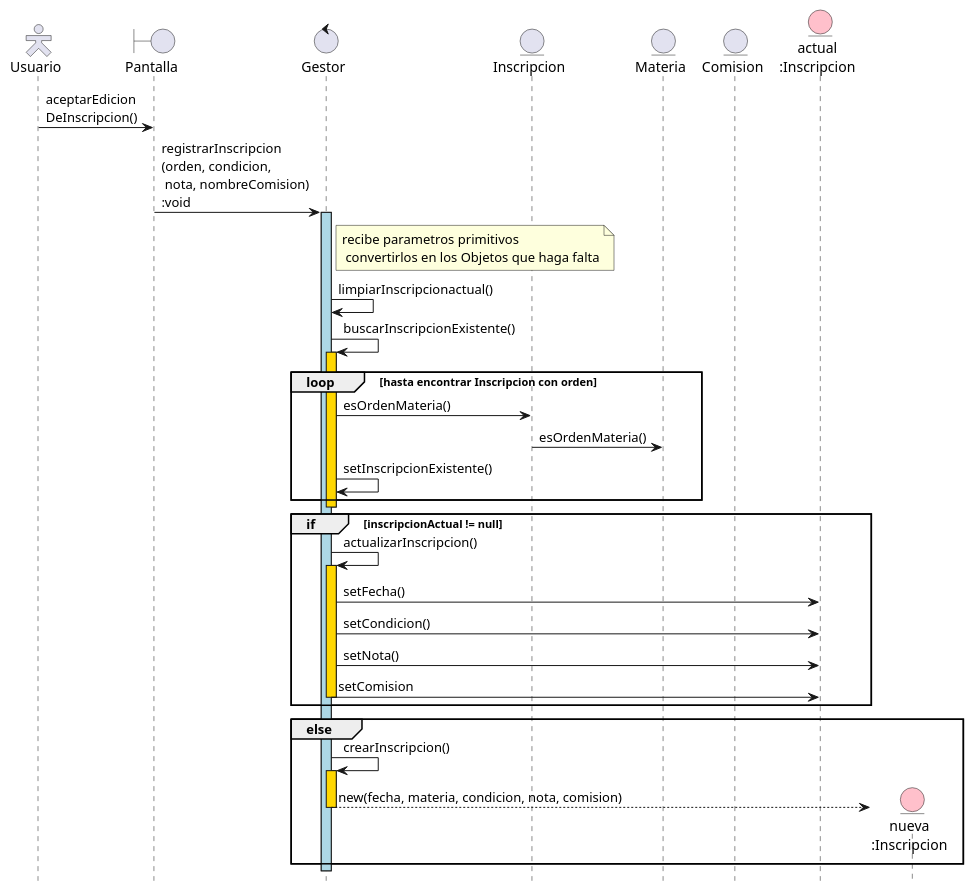
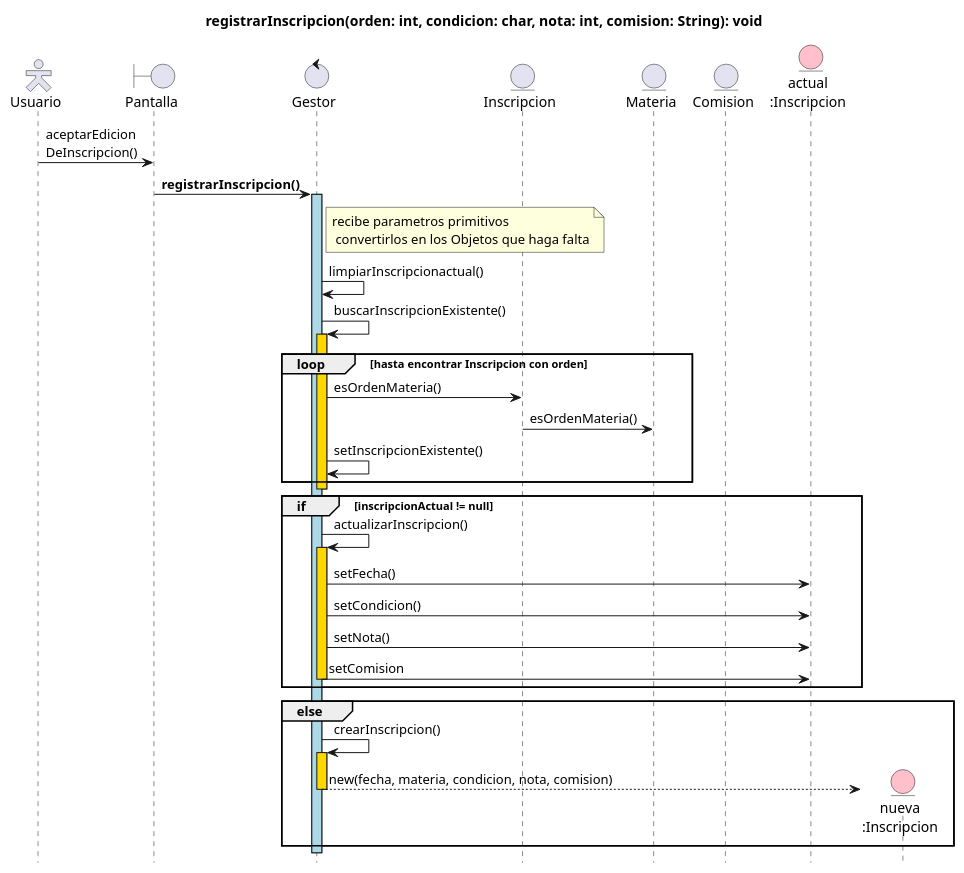
Before and after one commit to EmilianoM7/UTN_EZ: the diagram in Doc/UTNEZ_Secuencia-RegistraInscripcion.puml, drawn with PlantUML. The commit also changed 61 other files, not shown here.

```diff
--- a/Doc/UTNEZ_Secuencia-RegistraInscripcion.puml
+++ b/Doc/UTNEZ_Secuencia-RegistraInscripcion.puml
@@ -1,56 +1,58 @@
 @startuml
 
 ' --- SKIN ---
 
 skinparam actorStyle Hollow
 hide footbox
 
 ' --- DIAGRAMA ---
+
+title "registrarInscripcion(orden: int, condicion: char, nota: int, comision: String): void"
 
 actor Usuario as A
 boundary Pantalla as P
 control Gestor as G
 entity Inscripcion as I
 entity Materia as M
 entity Comision as C
 entity "actual\n:Inscripcion" as AI #pink
 
 A -> P : aceptarEdicion\nDeInscripcion()
-P -> G : registrarInscripcion\n(orden, condicion,\n nota, nombreComision)\n:void
+P -> G : <b>registrarInscripcion()
 activate G #lightblue
 
 note right G : recibe parametros primitivos \n convertirlos en los Objetos que haga falta
 
 G -> G : limpiarInscripcionactual()
 
 G -> G : buscarInscripcionExistente()
 activate G #gold
 loop hasta encontrar Inscripcion con orden
     G -> I : esOrdenMateria()
     I -> M : esOrdenMateria()
     G -> G : setInscripcionExistente()
 end
 deactivate G
 
 group if [inscripcionActual != null]
     G -> G : actualizarInscripcion()
     activate G #gold
     G -> AI : setFecha()
     G -> AI : setCondicion()
     G -> AI : setNota()
     G -> AI : setComision
     deactivate G
 end
 
 group else
     G -> G : crearInscripcion()
     activate G #gold
 
     create entity "nueva\n:Inscripcion" as N #pink
     G --> N : new(fecha, materia, condicion, nota, comision)
     deactivate G
 end
 
 deactivate G
 
 @enduml
```
